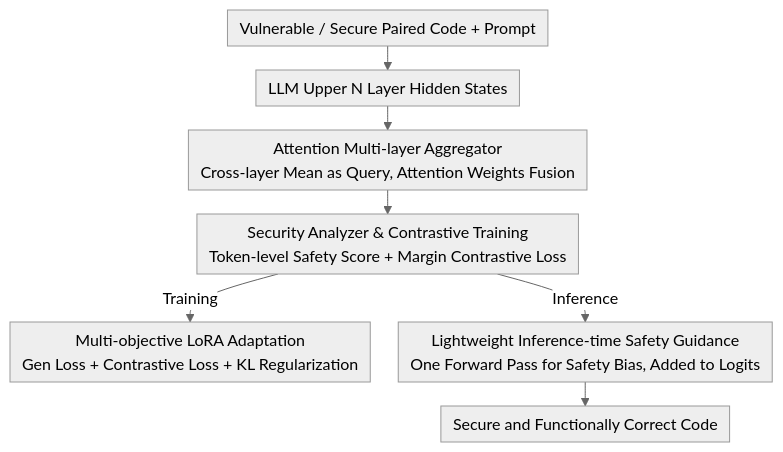
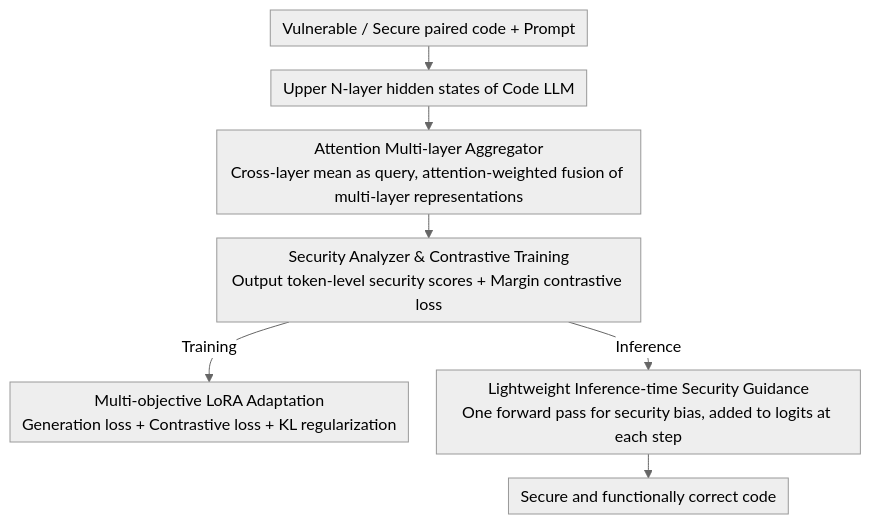
Before and after one commit to zhaoyang97/Paper-Notes-en: the diagram in docs/ACL2026/code_intelligence/deepguard_secure_code_generation_via_multi-layer_semantic_aggregation.md, drawn with Mermaid (neutral theme). The commit also changed other lines of this file and 5084 other files, not shown here.

````diff
--- a/docs/ACL2026/code_intelligence/deepguard_secure_code_generation_via_multi-layer_semantic_aggregation.md
+++ b/docs/ACL2026/code_intelligence/deepguard_secure_code_generation_via_multi-layer_semantic_aggregation.md
@@ -42,10 +42,10 @@
 ```mermaid
 %%{init: {'flowchart': {'rankSpacing': 24, 'nodeSpacing': 28, 'padding': 6, 'wrappingWidth': 400}}}%%
 flowchart TD
-    A["Vulnerable / Secure Paired Code + Prompt"] --> B["LLM Upper N Layer Hidden States"]
-    B --> C["Attention Multi-layer Aggregator<br/>Cross-layer Mean as Query, Attention Weights Fusion"]
-    C --> D["Security Analyzer & Contrastive Training<br/>Token-level Safety Score + Margin Contrastive Loss"]
-    D -->|Training| E["Multi-objective LoRA Adaptation<br/>Gen Loss + Contrastive Loss + KL Regularization"]
-    D -->|Inference| F["Lightweight Inference-time Safety Guidance<br/>One Forward Pass for Safety Bias, Added to Logits"]
-    F --> G["Secure and Functionally Correct Code"]
+    A["Vulnerable / Secure paired code + Prompt"] --> B["Upper N-layer hidden states of Code LLM"]
+    B --> C["Attention Multi-layer Aggregator<br/>Cross-layer mean as query, attention-weighted fusion of multi-layer representations"]
+    C --> D["Security Analyzer & Contrastive Training<br/>Output token-level security scores + Margin contrastive loss"]
+    D -->|Training| E["Multi-objective LoRA Adaptation<br/>Generation loss + Contrastive loss + KL regularization"]
+    D -->|Inference| F["Lightweight Inference-time Security Guidance<br/>One forward pass for security bias, added to logits at each step"]
+    F --> G["Secure and functionally correct code"]
 ```
````
